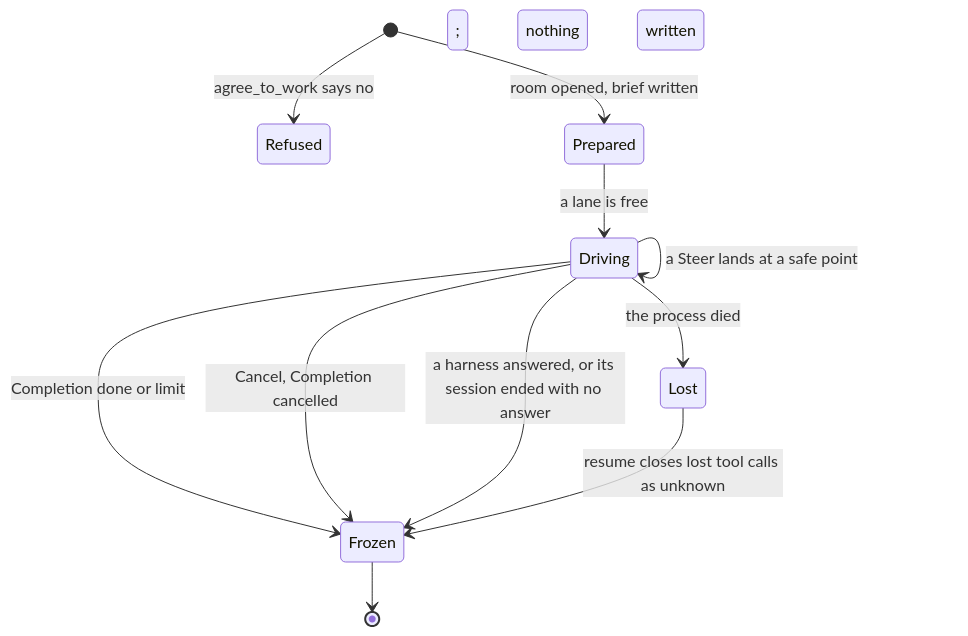
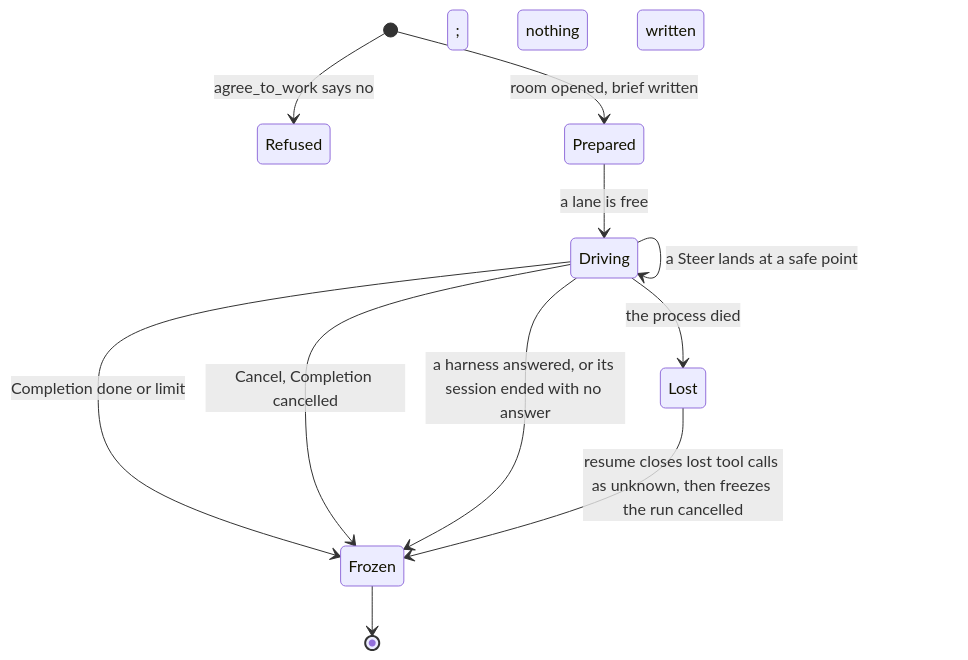
Before and after one commit to 2youg1/sprawling-agents: the seventh of 8 diagrams in ARCHITECTURE.md, drawn with Mermaid. The commit also changed other lines of this file and 3 other files, not shown here.

First line of the commit message:
card-S8.G1H3: a run the process died in is frozen at resume, cancelled with its cause recorded

````diff
--- a/ARCHITECTURE.md
+++ b/ARCHITECTURE.md
@@ -1100,13 +1100,13 @@
 ```mermaid
 stateDiagram-v2
     [*] --> Refused: agree_to_work says no; nothing written
     [*] --> Prepared: room opened, brief written
     Prepared --> Driving: a lane is free
     Driving --> Driving: a Steer lands at a safe point
     Driving --> Frozen: Completion done or limit
     Driving --> Frozen: Cancel, Completion cancelled
     Driving --> Frozen: a harness answered, or its session ended with no answer
     Driving --> Lost: the process died
-    Lost --> Frozen: resume closes lost tool calls as unknown
+    Lost --> Frozen: resume closes lost tool calls as unknown, then freezes the run cancelled
     Frozen --> [*]
 ```
````
